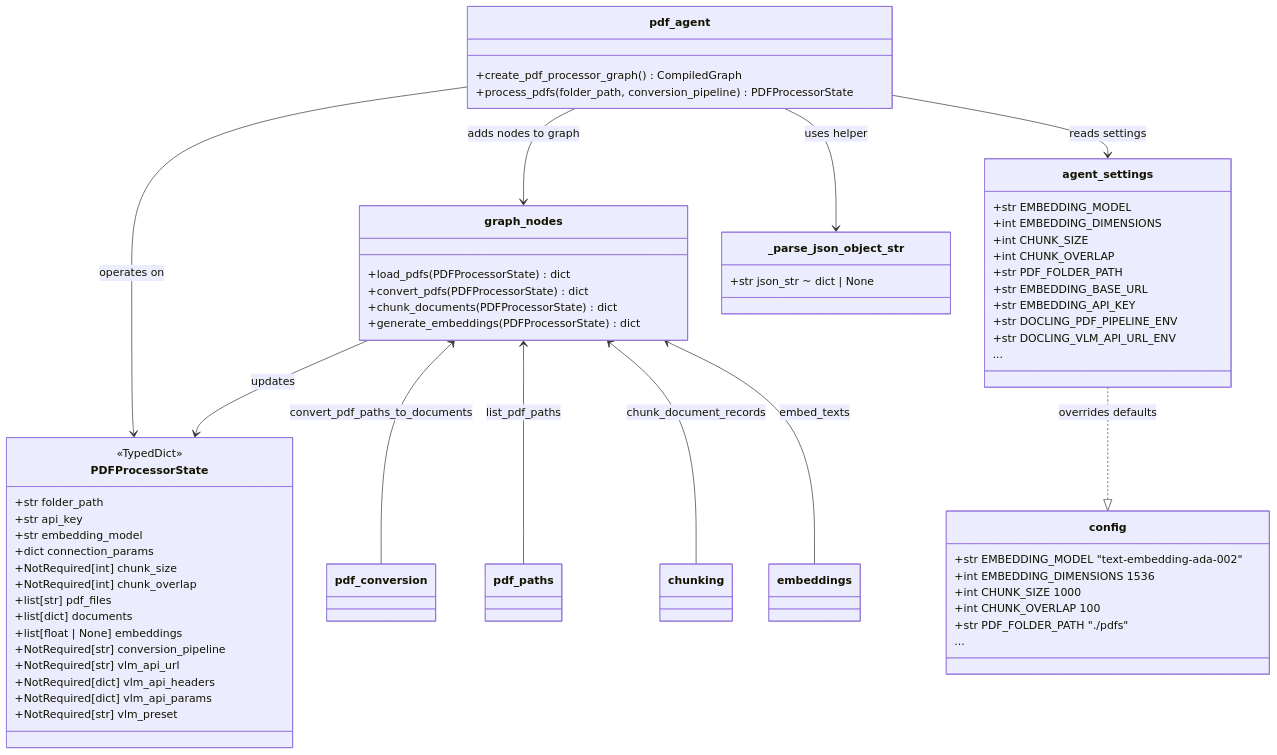
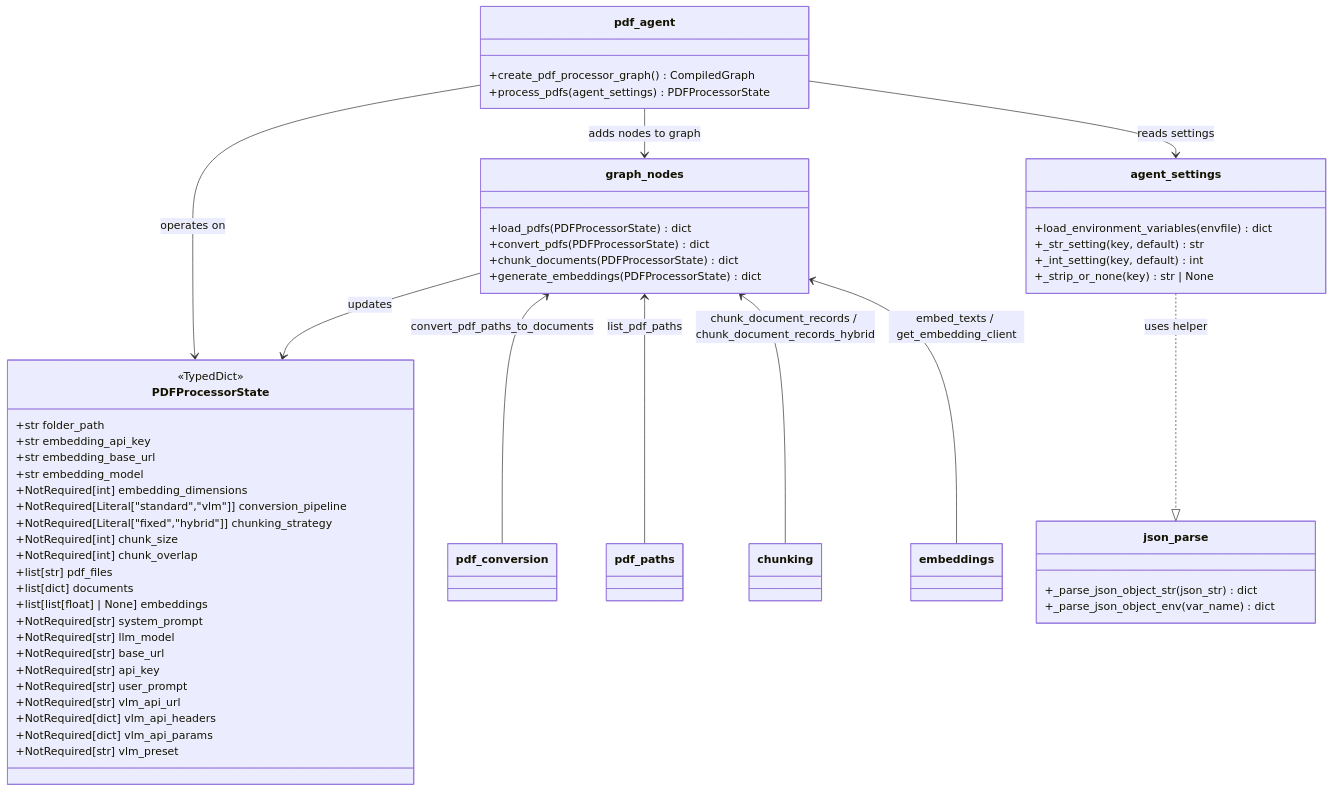
The second of 2 diagrams in AGENTS.md (mcaimi/docling-agent), drawn with Mermaid before and after one commit. The commit also changed other lines of this file and 1 other file, not shown here.

````diff
--- a/AGENTS.md
+++ b/AGENTS.md
@@ -53,69 +89,61 @@
 ```mermaid
 classDiagram
     class PDFProcessorState {
         <<TypedDict>>
         +str folder_path
-        +str api_key
+        +str embedding_api_key
+        +str embedding_base_url
         +str embedding_model
-        +dict connection_params
+        +NotRequired[int] embedding_dimensions
+        +NotRequired[Literal["standard","vlm"]] conversion_pipeline
+        +NotRequired[Literal["fixed","hybrid"]] chunking_strategy
         +NotRequired[int] chunk_size
         +NotRequired[int] chunk_overlap
         +list[str] pdf_files
         +list[dict] documents
-        +list[float | None] embeddings
-        +NotRequired[str] conversion_pipeline
+        +list[list[float] | None] embeddings
+        +NotRequired[str] system_prompt
+        +NotRequired[str] llm_model
+        +NotRequired[str] base_url
+        +NotRequired[str] api_key
+        +NotRequired[str] user_prompt
         +NotRequired[str] vlm_api_url
         +NotRequired[dict] vlm_api_headers
         +NotRequired[dict] vlm_api_params
         +NotRequired[str] vlm_preset
     }
 
     class pdf_agent {
         +create_pdf_processor_graph() CompiledGraph
-        +process_pdfs(folder_path, conversion_pipeline) PDFProcessorState
+        +process_pdfs(agent_settings) PDFProcessorState
     }
 
     class graph_nodes {
         +load_pdfs(PDFProcessorState) dict
         +convert_pdfs(PDFProcessorState) dict
         +chunk_documents(PDFProcessorState) dict
         +generate_embeddings(PDFProcessorState) dict
     }
 
     class agent_settings {
-        +str EMBEDDING_MODEL
-        +int EMBEDDING_DIMENSIONS
-        +int CHUNK_SIZE
-        +int CHUNK_OVERLAP
-        +str PDF_FOLDER_PATH
-        +str EMBEDDING_BASE_URL
-        +str EMBEDDING_API_KEY
-        +str DOCLING_PDF_PIPELINE_ENV
-        +str DOCLING_VLM_API_URL_ENV
-        ...
+        +load_environment_variables(envfile) dict
+        +_str_setting(key, default) str
+        +_int_setting(key, default) int
+        +_strip_or_none(key) str | None
     }
 
-    class config {
-        +str EMBEDDING_MODEL "text-embedding-ada-002"
-        +int EMBEDDING_DIMENSIONS 1536
-        +int CHUNK_SIZE 1000
-        +int CHUNK_OVERLAP 100
-        +str PDF_FOLDER_PATH "./pdfs"
-        ...
-    }
-
-    class _parse_json_object_str {
-        +str json_str ~ dict | None
+    class json_parse {
+        +_parse_json_object_str(json_str) dict
+        +_parse_json_object_env(var_name) dict
     }
 
     pdf_agent --> graph_nodes : adds nodes to graph
     pdf_agent --> PDFProcessorState : operates on
     graph_nodes --> PDFProcessorState : updates
     pdf_agent --> agent_settings : reads settings
-    agent_settings ..|> config : overrides defaults
-    pdf_agent --> _parse_json_object_str : uses helper
+    agent_settings ..|> json_parse : uses helper
     graph_nodes <-- pdf_conversion : convert_pdf_paths_to_documents
     graph_nodes <-- pdf_paths : list_pdf_paths
-    graph_nodes <-- chunking : chunk_document_records
-    graph_nodes <-- embeddings : embed_texts
+    graph_nodes <-- chunking : chunk_document_records / chunk_document_records_hybrid
+    graph_nodes <-- embeddings : embed_texts / get_embedding_client
 ```
````
